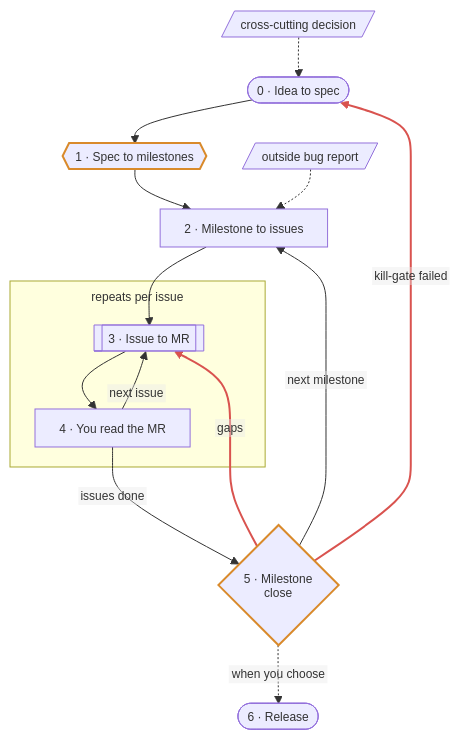
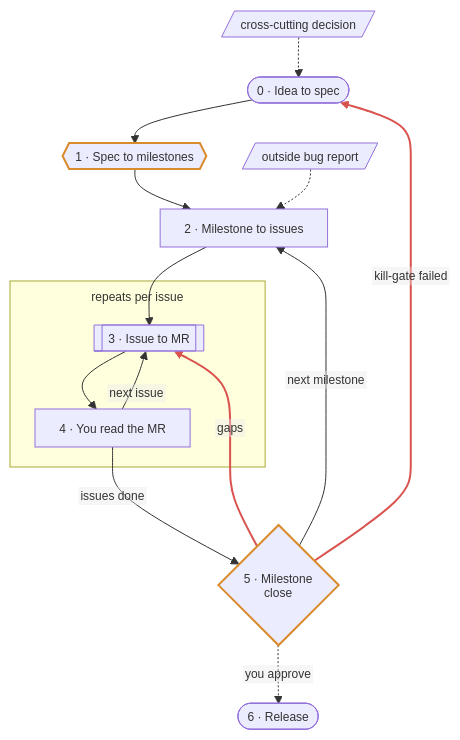
One commit to nshopik/dream-team changed the diagram in WORKFLOW.md. Above: the diagram before and after it, drawn with Mermaid. The commit also changed other lines of this file and 4 other files, not shown here.

````diff
--- a/WORKFLOW.md
+++ b/WORKFLOW.md
@@ -3,21 +3,21 @@
 ```mermaid
 %%{init: {"htmlLabels": false, "themeVariables": {"fontSize": "12px"}, "flowchart": {"htmlLabels": false, "curve": "basis", "nodeSpacing": 30, "rankSpacing": 40, "diagramPadding": 8, "padding": 12, "subGraphTitleMargin": {"top": 8, "bottom": 16}}}}%%
 flowchart TD
   xcut[/cross-cutting decision/] -.-> S0
   S0(["0 · Idea to spec"]) --> S1{{"1 · Spec to milestones"}}
   S1 --> S2["2 · Milestone to issues"]
   bug[/outside bug report/] -.-> S2
   S2 --> S3
   subgraph loop ["repeats per issue"]
     S3[["3 · Issue to MR"]] --> S4["4 · You read the MR"]
     S4 -->|next issue| S3
   end
   S4 -->|issues done| S5{"5 · Milestone<br/>close"}
   S5 -->|next milestone| S2
   S5 -->|gaps| S3
   S5 -->|kill-gate failed| S0
-  S5 -.->|when you choose| S6(["6 · Release"])
+  S5 -.->|you approve| S6(["6 · Release"])
   classDef gate stroke:#d98a2b,stroke-width:2px
   class S1,S5 gate
   linkStyle 9,10 stroke:#d9534f,stroke-width:2px
 ```
````
